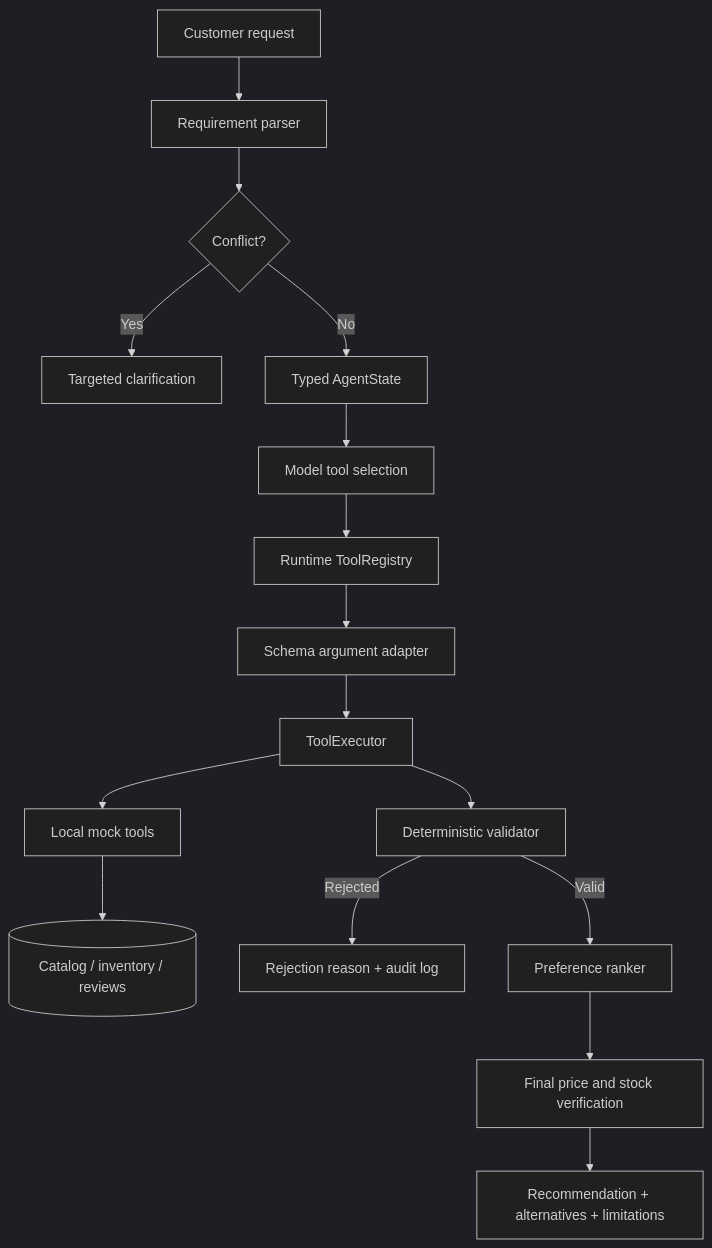
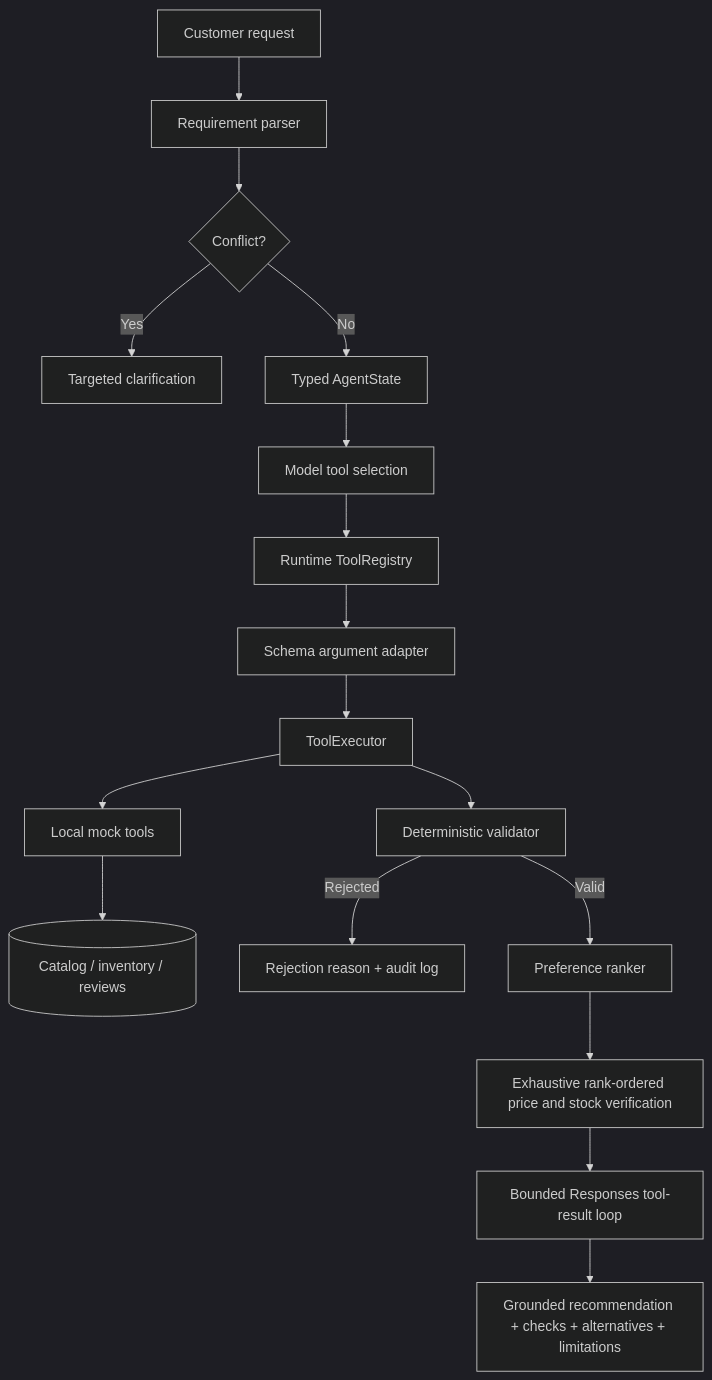
One commit to FahadAliOfficial/Ai-technical-Michael changed the diagram in docs/architecture.md. Above: the diagram before and after it, drawn with Mermaid (dark theme). The commit also changed other lines of this file and 6 other files, not shown here.

````diff
--- a/docs/architecture.md
+++ b/docs/architecture.md
@@ -7,18 +7,19 @@
 ```mermaid
 flowchart TD
     U[Customer request] --> P[Requirement parser]
     P --> C{Conflict?}
     C -- Yes --> Q[Targeted clarification]
     C -- No --> S[Typed AgentState]
     S --> M[Model tool selection]
     M --> R[Runtime ToolRegistry]
     R --> A[Schema argument adapter]
     A --> X[ToolExecutor]
     X --> T[Local mock tools]
     T --> D[(Catalog / inventory / reviews)]
     X --> V[Deterministic validator]
     V -->|Rejected| J[Rejection reason + audit log]
     V -->|Valid| K[Preference ranker]
-    K --> F[Final price and stock verification]
-    F --> O[Recommendation + alternatives + limitations]
+    K --> F[Exhaustive rank-ordered price and stock verification]
+    F --> L[Bounded Responses tool-result loop]
+    L --> O[Grounded recommendation + checks + alternatives + limitations]
 ```
````
